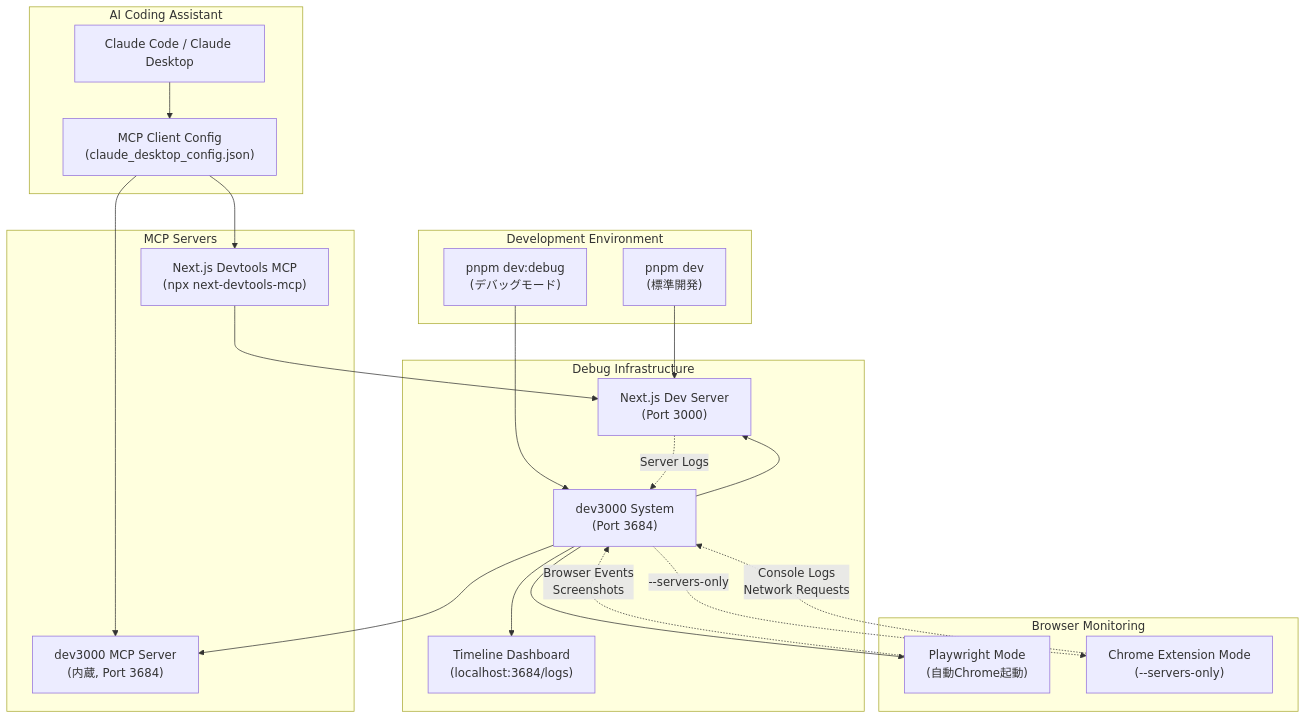
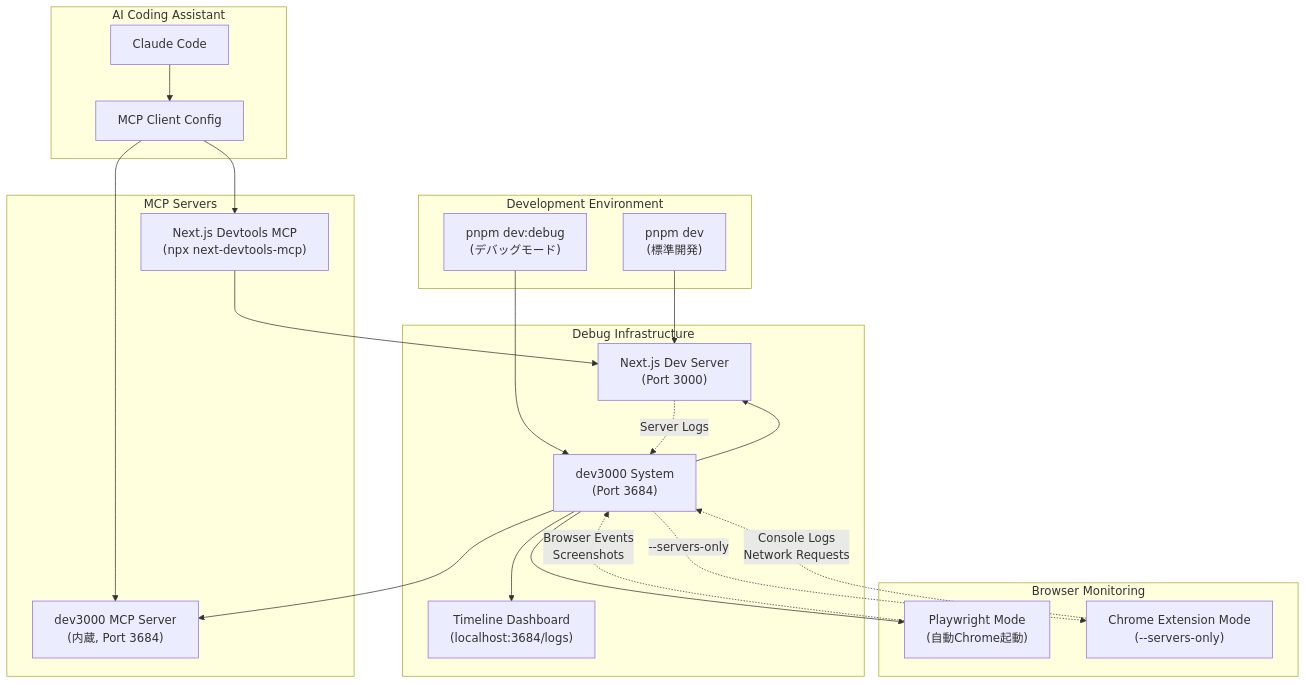
Before and after one commit to noriaki/line-miniapp-othello: the first of 5 diagrams in .kiro/specs/debug-environment/design.md, drawn with Mermaid. The commit also changed other lines of this file and 2 other files, not shown here.

First line of the commit message:
docs(spec): remove Claude Desktop references from debug-environment spec

````diff
--- a/.kiro/specs/debug-environment/design.md
+++ b/.kiro/specs/debug-environment/design.md
@@ -54,45 +54,45 @@
 ```mermaid
 graph TB
     subgraph "Development Environment"
         DevScript["pnpm dev<br/>(標準開発)"]
         DebugScript["pnpm dev:debug<br/>(デバッグモード)"]
     end
 
     subgraph "Debug Infrastructure"
         NextServer["Next.js Dev Server<br/>(Port 3000)"]
         Dev3000["dev3000 System<br/>(Port 3684)"]
         Dashboard["Timeline Dashboard<br/>(localhost:3684/logs)"]
     end
 
     subgraph "MCP Servers"
         NextDevtoolsMCP["Next.js Devtools MCP<br/>(npx next-devtools-mcp)"]
         Dev3000MCP["dev3000 MCP Server<br/>(内蔵, Port 3684)"]
     end
 
     subgraph "Browser Monitoring"
         PlaywrightMode["Playwright Mode<br/>(自動Chrome起動)"]
         ExtensionMode["Chrome Extension Mode<br/>(--servers-only)"]
     end
 
     subgraph "AI Coding Assistant"
-        ClaudeCode["Claude Code / Claude Desktop"]
-        MCPClient["MCP Client Config<br/>(claude_desktop_config.json)"]
+        ClaudeCode["Claude Code"]
+        MCPClient["MCP Client Config"]
     end
 
     DevScript --> NextServer
     DebugScript --> Dev3000
     Dev3000 --> NextServer
     Dev3000 --> Dashboard
     Dev3000 --> Dev3000MCP
     Dev3000 --> PlaywrightMode
     Dev3000 -.->|"--servers-only"| ExtensionMode
 
     NextDevtoolsMCP --> NextServer
     MCPClient --> NextDevtoolsMCP
     MCPClient --> Dev3000MCP
     ClaudeCode --> MCPClient
 
     PlaywrightMode -.->|"Browser Events<br/>Screenshots"| Dev3000
     ExtensionMode -.->|"Console Logs<br/>Network Requests"| Dev3000
     NextServer -.->|"Server Logs"| Dev3000
 ```
````
